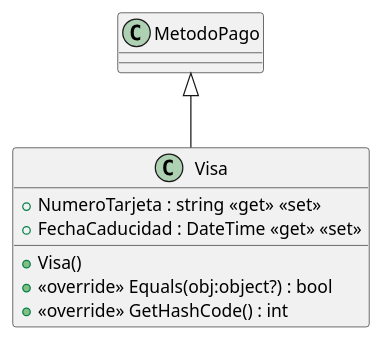
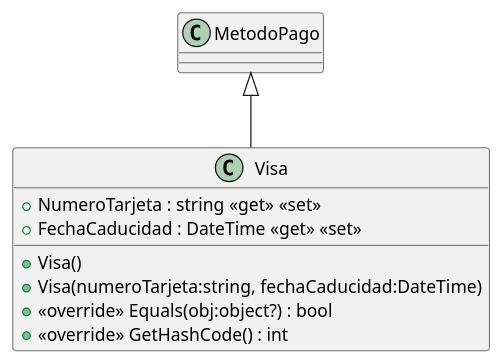
Before and after one commit to ISII2627NPA/ISII2627NPA: the diagram in src/AppForSEII.API/ClassDiagram/Visa.puml, drawn with PlantUML.

Commit message:
he añadido el constructor parametrizado en visa.puml

```diff
--- a/src/AppForSEII.API/ClassDiagram/Visa.puml
+++ b/src/AppForSEII.API/ClassDiagram/Visa.puml
@@ -1,10 +1,11 @@
 @startuml
 class Visa {
     + NumeroTarjeta : string <<get>> <<set>>
     + FechaCaducidad : DateTime <<get>> <<set>>
     + Visa()
+    + Visa(numeroTarjeta:string, fechaCaducidad:DateTime)
     + <<override>> Equals(obj:object?) : bool
     + <<override>> GetHashCode() : int
 }
 MetodoPago <|-- Visa
 @enduml
```
